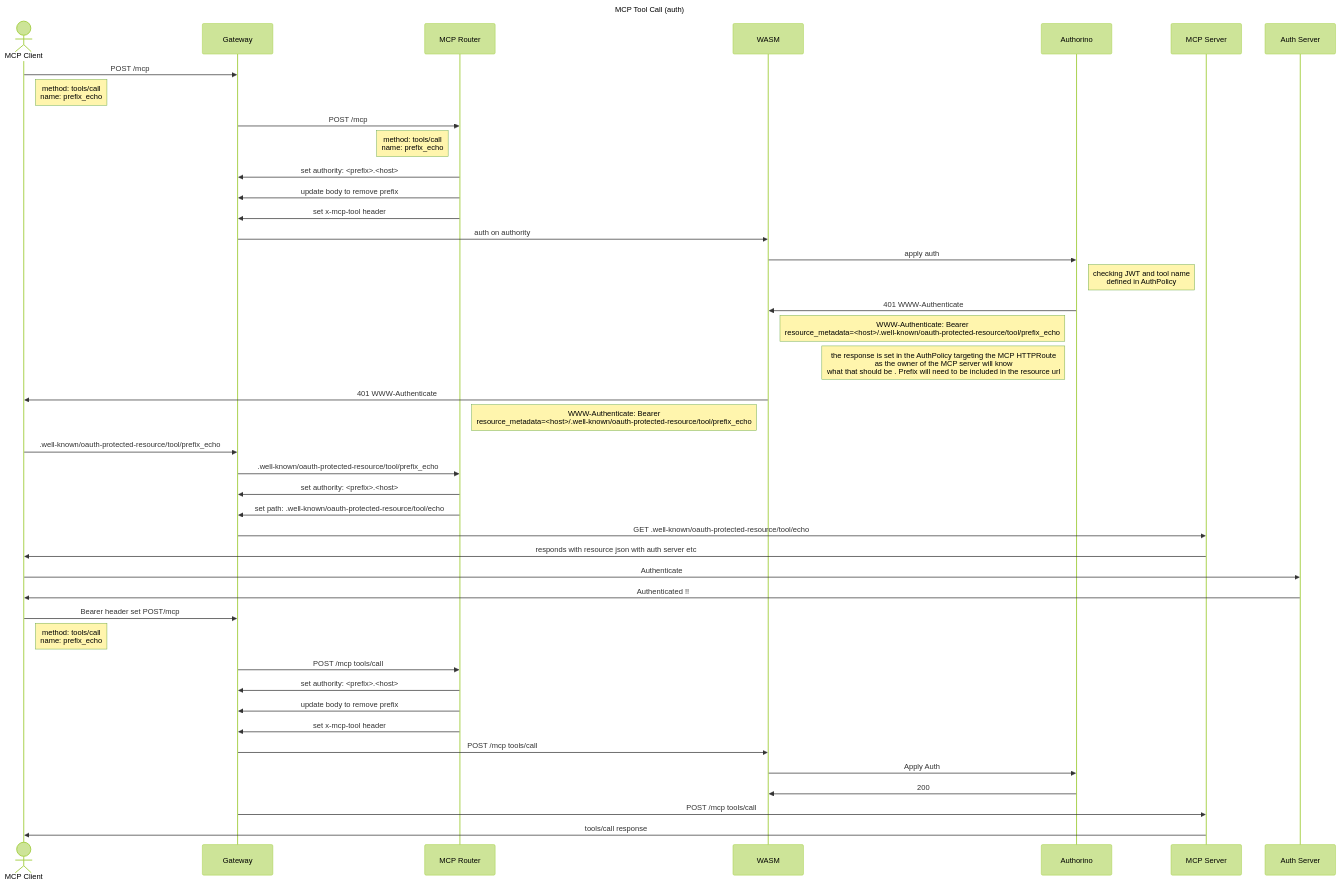
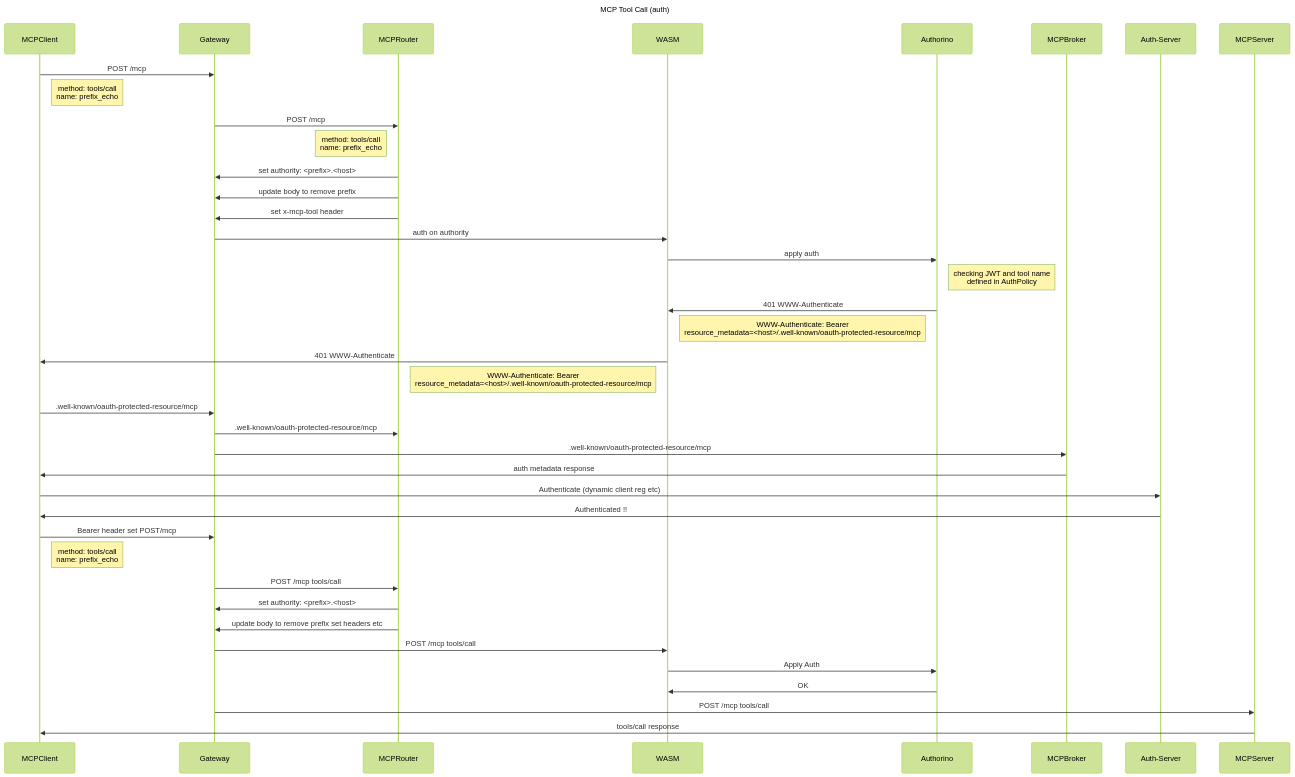
Before and after one commit to kagenti/mcp-gateway: the fifth of 5 diagrams in docs/design/flows.md, drawn with Mermaid (forest theme). The commit also changed other lines of this file and 28 other files, not shown here.

````diff
--- a/docs/design/flows.md
+++ b/docs/design/flows.md
@@ -103,39 +104,34 @@
 ```mermaid
 sequenceDiagram
         title MCP Tool Call (auth)
-        actor MCP Client
-        MCP Client->>Gateway: POST /mcp 
-        note right of MCP Client: method: tools/call <br/> name: prefix_echo
-        Gateway->>MCP Router: POST /mcp
-        note left of MCP Router: method: tools/call <br/> name: prefix_echo
-        MCP Router->>Gateway: set authority: <prefix>.<host>
-        MCP Router->>Gateway: update body to remove prefix 
-        MCP Router->>Gateway: set x-mcp-tool header 
+        MCPClient->>Gateway: POST /mcp 
+        note right of MCPClient: method: tools/call <br/> name: prefix_echo
+        Gateway->>MCPRouter: POST /mcp
+        note left of MCPRouter: method: tools/call <br/> name: prefix_echo
+        MCPRouter->>Gateway: set authority: <prefix>.<host>
+        MCPRouter->>Gateway: update body to remove prefix 
+        MCPRouter->>Gateway: set x-mcp-tool header 
         Gateway->>WASM: auth on authority
         WASM->>Authorino: apply auth 
         note right of Authorino: checking JWT and tool name <br/> defined in AuthPolicy
         Authorino->>WASM: 401 WWW-Authenticate 
-        note left of Authorino: WWW-Authenticate: Bearer <br/> resource_metadata=<host>/.well-known/oauth-protected-resource/tool/prefix_echo
-        note left of Authorino: the response is set in the  AuthPolicy targeting the MCP HTTPRoute <br/> as the owner of the MCP server will know <br/> what that should be . Prefix will need to be included in the resource url
-        WASM->>MCP Client: 401 WWW-Authenticate 
-        note left of WASM: WWW-Authenticate: Bearer <br/> resource_metadata=<host>/.well-known/oauth-protected-resource/tool/prefix_echo
-        MCP Client->>Gateway: .well-known/oauth-protected-resource/tool/prefix_echo
-        Gateway->>MCP Router: .well-known/oauth-protected-resource/tool/prefix_echo
-        MCP Router->>Gateway: set authority: <prefix>.<host>
-        MCP Router->>Gateway: set path: .well-known/oauth-protected-resource/tool/echo
-        Gateway->>MCP Server: GET .well-known/oauth-protected-resource/tool/echo
-        MCP Server->>MCP Client: responds with resource json with auth server etc
-        MCP Client->>Auth Server: Authenticate 
-        Auth Server->>MCP Client: Authenticated !!
-        MCP Client->>Gateway: Bearer header set POST/mcp
-        note right of MCP Client: method: tools/call <br/> name: prefix_echo
-        Gateway->>MCP Router: POST /mcp tools/call
-        MCP Router->>Gateway: set authority: <prefix>.<host>
-        MCP Router->>Gateway: update body to remove prefix 
-        MCP Router->>Gateway: set x-mcp-tool header 
+        note left of Authorino: WWW-Authenticate: Bearer <br/> resource_metadata=<host>/.well-known/oauth-protected-resource/mcp
+        WASM->>MCPClient: 401 WWW-Authenticate 
+        note left of WASM: WWW-Authenticate: Bearer <br/> resource_metadata=<host>/.well-known/oauth-protected-resource/mcp
+        MCPClient->>Gateway: .well-known/oauth-protected-resource/mcp
+        Gateway->>MCPRouter: .well-known/oauth-protected-resource/mcp
+        Gateway->>MCPBroker: .well-known/oauth-protected-resource/mcp
+        MCPBroker->>MCPClient: auth metadata response
+        MCPClient->>Auth-Server: Authenticate (dynamic client reg etc) 
+        Auth-Server->>MCPClient: Authenticated !!
+        MCPClient->>Gateway: Bearer header set POST/mcp
+        note right of MCPClient: method: tools/call <br/> name: prefix_echo
+        Gateway->>MCPRouter: POST /mcp tools/call
+        MCPRouter->>Gateway: set authority: <prefix>.<host>
+        MCPRouter->>Gateway: update body to remove prefix set headers etc
         Gateway->>WASM: POST /mcp tools/call
         WASM->>Authorino: Apply Auth
-        Authorino->>WASM: 200
-        Gateway->>MCP Server: POST /mcp tools/call
-        MCP Server->>MCP Client: tools/call response
+        Authorino->>WASM: OK
+        Gateway->>MCPServer: POST /mcp tools/call
+        MCPServer->>MCPClient: tools/call response
 ```        
````
